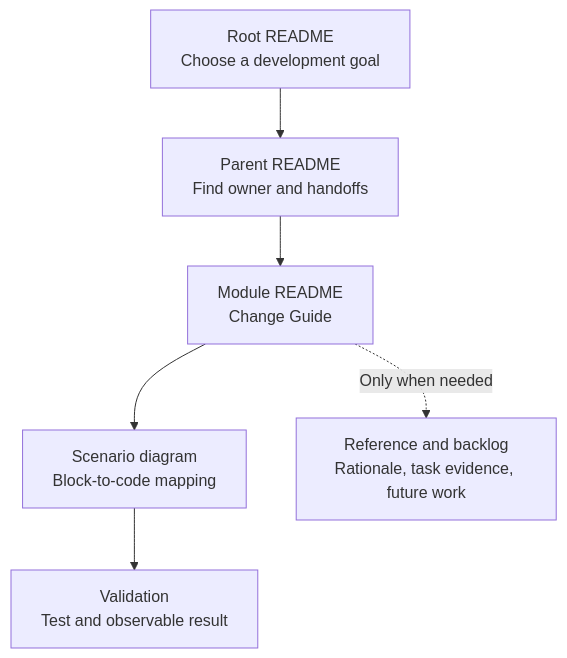
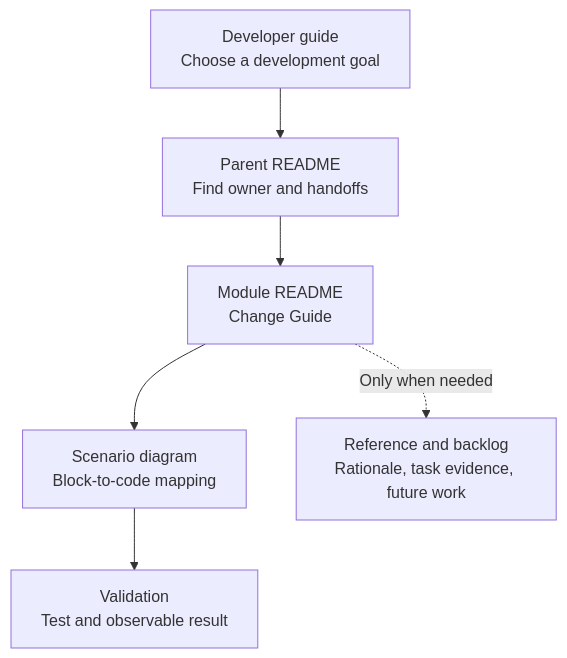
The diagram in docs/README.md (SVF-tools/ACT-GUI), drawn with Mermaid before and after one commit. The commit also changed other lines of this file and 23 other files, not shown here.

````diff
--- a/docs/README.md
+++ b/docs/README.md
@@ -23,9 +56,9 @@
 ```mermaid
 flowchart TB
-  Goal["Root README<br/>Choose a development goal"] --> Scope["Parent README<br/>Find owner and handoffs"]
+  Goal["Developer guide<br/>Choose a development goal"] --> Scope["Parent README<br/>Find owner and handoffs"]
   Scope --> Module["Module README<br/>Change Guide"]
   Module --> Path["Scenario diagram<br/>Block-to-code mapping"]
   Path --> Check["Validation<br/>Test and observable result"]
   Module -. "Only when needed" .-> Detail["Reference and backlog<br/>Rationale, task evidence, future work"]
 
 ```
````
